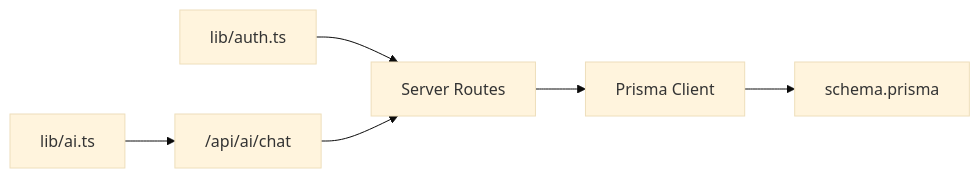
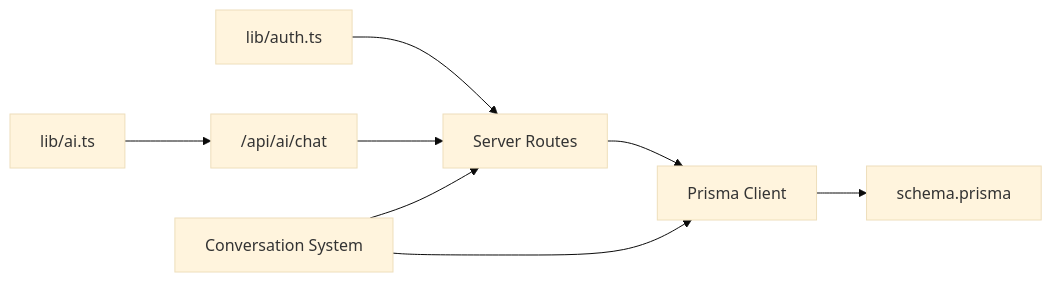
One commit to Javeria-Javaid/ai-powered-pet-healthcare-ecosystem changed the tenth of 10 diagrams in .qoder/repowiki/en/content/User Dashboards/Veterinarian Dashboard.md. Above: the diagram before and after it, drawn with Mermaid (base theme). The commit also changed other lines of this file and 37 other files, not shown here.

````diff
--- a/.qoder/repowiki/en/content/User Dashboards/Veterinarian Dashboard.md
+++ b/.qoder/repowiki/en/content/User Dashboards/Veterinarian Dashboard.md
@@ -331,8 +434,10 @@
 ```mermaid
 graph LR
 AUTH["lib/auth.ts"] --> ROUTES["Server Routes"]
 ROUTES --> PRISMA["Prisma Client"]
 PRISMA --> SCHEMA["schema.prisma"]
 AI["lib/ai.ts"] --> CHAT["/api/ai/chat"]
 CHAT --> ROUTES
+CONVERSATION["Conversation System"] --> ROUTES
+CONVERSATION --> PRISMA
 ```
````
